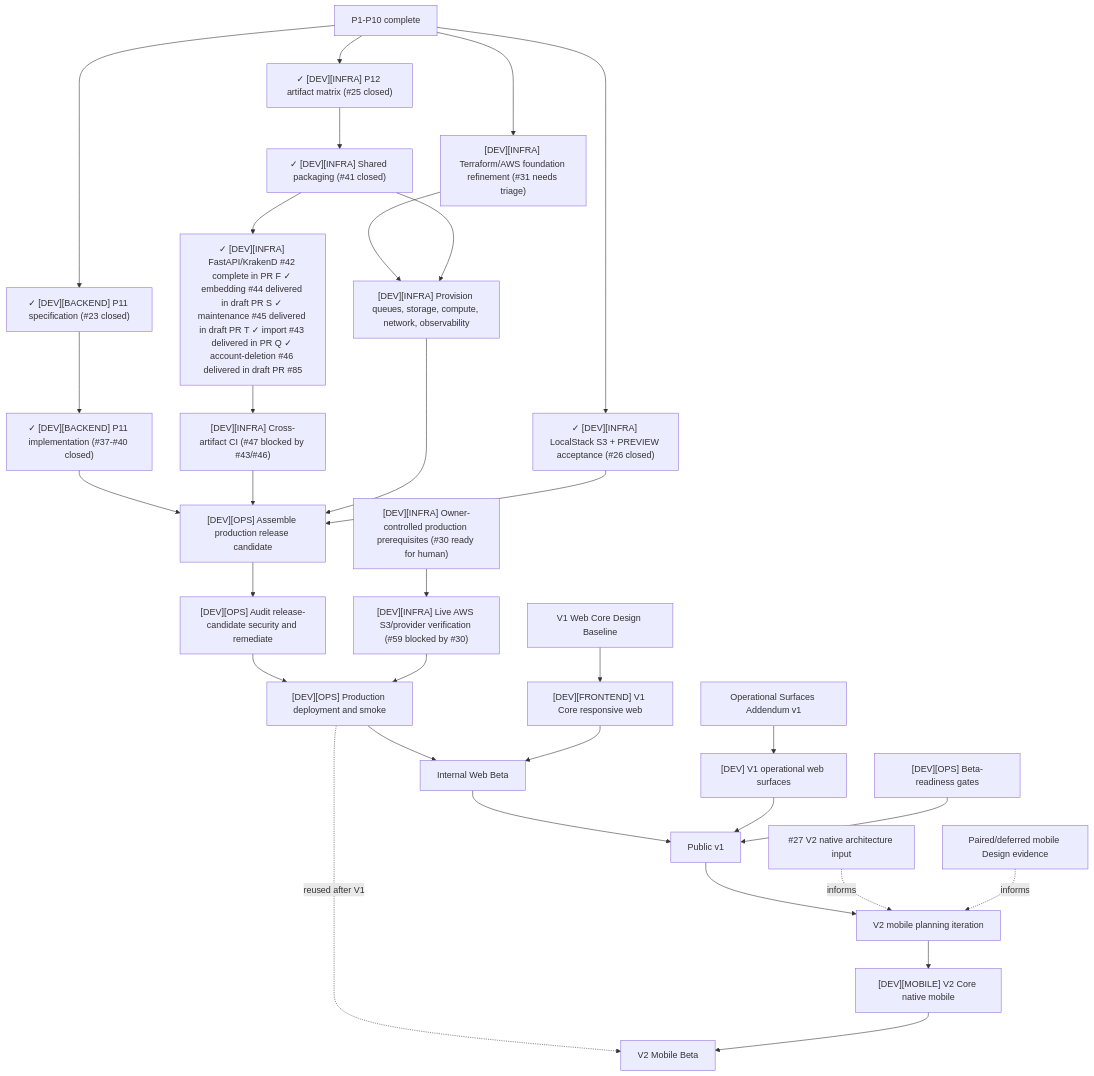
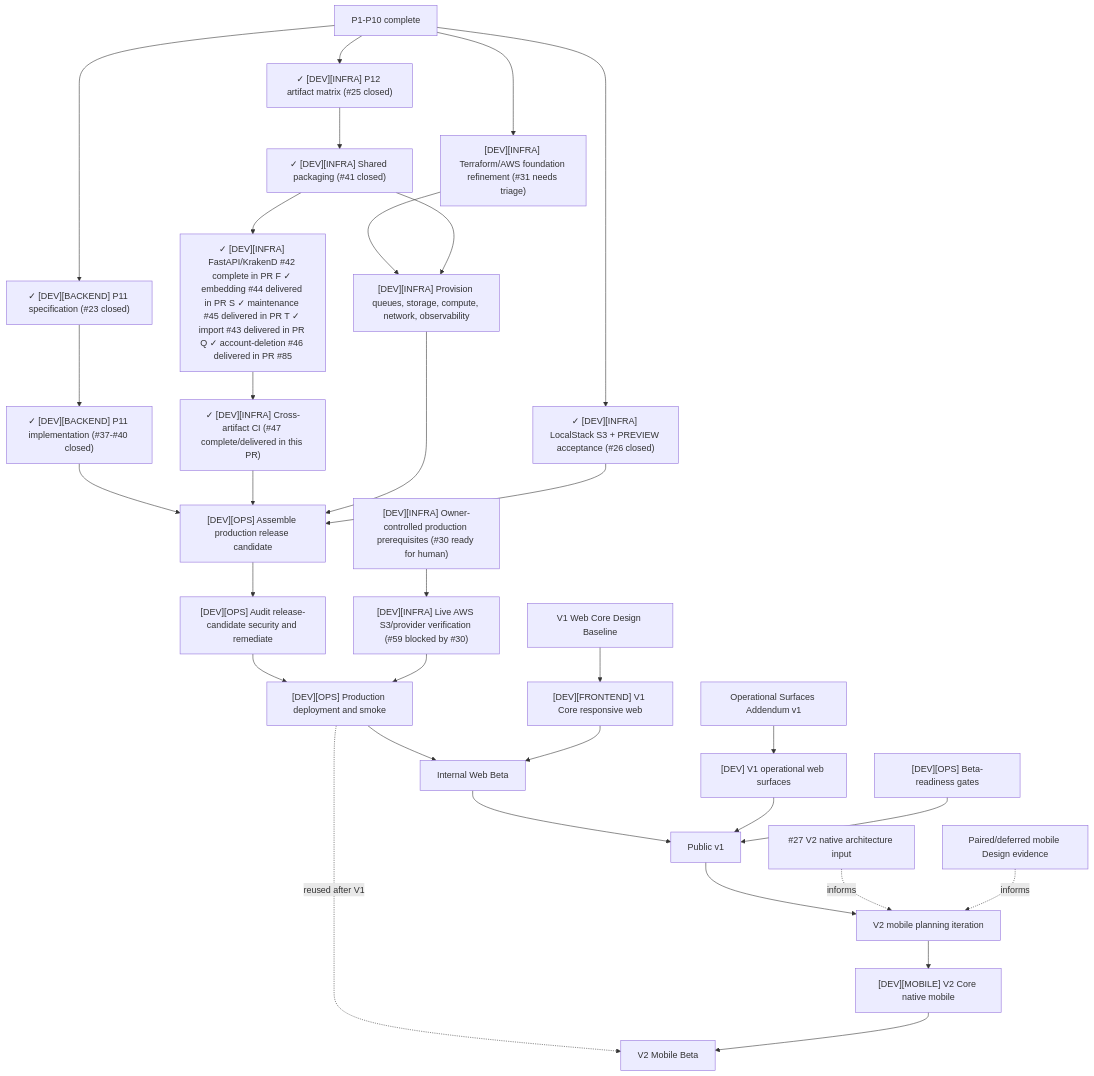
The diagram in docs/architecture/production-roadmap.md (starkovalera/recipe-manager), drawn with Mermaid before and after one commit. The commit also changed other lines of this file and 16 other files, not shown here.

Commit message:
feat(infra): verify production artifacts in CI

````diff
--- a/docs/architecture/production-roadmap.md
+++ b/docs/architecture/production-roadmap.md
@@ -215,41 +215,41 @@
 ```mermaid
 flowchart TD
   p10["P1-P10 complete"]
   p10 --> p11Spec["✓ [DEV][BACKEND] P11 specification (#23 closed)"]
   p11Spec --> p11Implementation["✓ [DEV][BACKEND] P11 implementation (#37-#40 closed)"]
   p10 --> p12Spec["✓ [DEV][INFRA] P12 artifact matrix (#25 closed)"]
   p12Spec --> p12Shared["✓ [DEV][INFRA] Shared packaging (#41 closed)"]
-  p12Shared --> p12Artifacts["✓ [DEV][INFRA] FastAPI/KrakenD #42 complete in PR #70; ✓ embedding #44 delivered in draft PR #83; ✓ maintenance #45 delivered in draft PR #84; ✓ import #43 delivered in PR #81; ✓ account-deletion #46 delivered in draft PR #85"]
-  p12Artifacts --> p12Ci["[DEV][INFRA] Cross-artifact CI (#47 blocked by #43/#46)"]
+  p12Shared --> p12Artifacts["✓ [DEV][INFRA] FastAPI/KrakenD #42 complete in PR #70; ✓ embedding #44 delivered in PR #83; ✓ maintenance #45 delivered in PR #84; ✓ import #43 delivered in PR #81; ✓ account-deletion #46 delivered in PR #85"]
+  p12Artifacts --> p12Ci["✓ [DEV][INFRA] Cross-artifact CI (#47 complete/delivered in this PR)"]
   p10 --> localstack["✓ [DEV][INFRA] LocalStack S3 + PREVIEW acceptance (#26 closed)"]
   p10 --> tfFoundation["[DEV][INFRA] Terraform/AWS foundation refinement (#31 needs triage)"]
   ownerInputs["[DEV][INFRA] Owner-controlled production prerequisites (#30 ready for human)"]
   ownerInputs --> liveAws["[DEV][INFRA] Live AWS S3/provider verification (#59 blocked by #30)"]
 
   tfFoundation --> cloudResources["[DEV][INFRA] Provision queues, storage, compute, network, observability"]
   p12Shared --> cloudResources
 
   p11Implementation --> releaseCandidate["[DEV][OPS] Assemble production release candidate"]
   p12Ci --> releaseCandidate
   cloudResources --> releaseCandidate
   localstack --> releaseCandidate
   releaseCandidate --> security["[DEV][OPS] Audit release-candidate security and remediate"]
   security --> technicalProd["[DEV][OPS] Production deployment and smoke"]
   liveAws --> technicalProd
 
   designCore["V1 Web Core Design Baseline"] --> web["[DEV][FRONTEND] V1 Core responsive web"]
   technicalProd --> webBeta["Internal Web Beta"]
   web --> webBeta
 
   designOps["Operational Surfaces Addendum v1"] --> operationalClients["[DEV] V1 operational web surfaces"]
   webBeta --> publicV1["Public v1"]
   operationalClients --> publicV1
   beta["[DEV][OPS] Beta-readiness gates"] --> publicV1
 
   publicV1 --> v2Planning["V2 mobile planning iteration"]
   mobileResearch["#27 V2 native architecture input"] -. informs .-> v2Planning
   pairedDesign["Paired/deferred mobile Design evidence"] -. informs .-> v2Planning
   v2Planning --> mobile["[DEV][MOBILE] V2 Core native mobile"]
   technicalProd -. reused after V1 .-> mobileBeta["V2 Mobile Beta"]
   mobile --> mobileBeta
 ```
````
